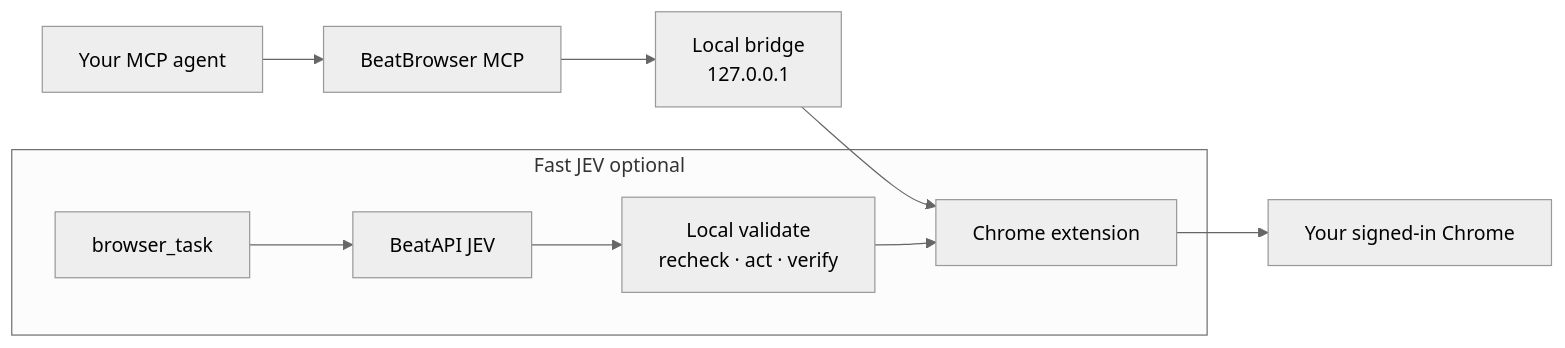
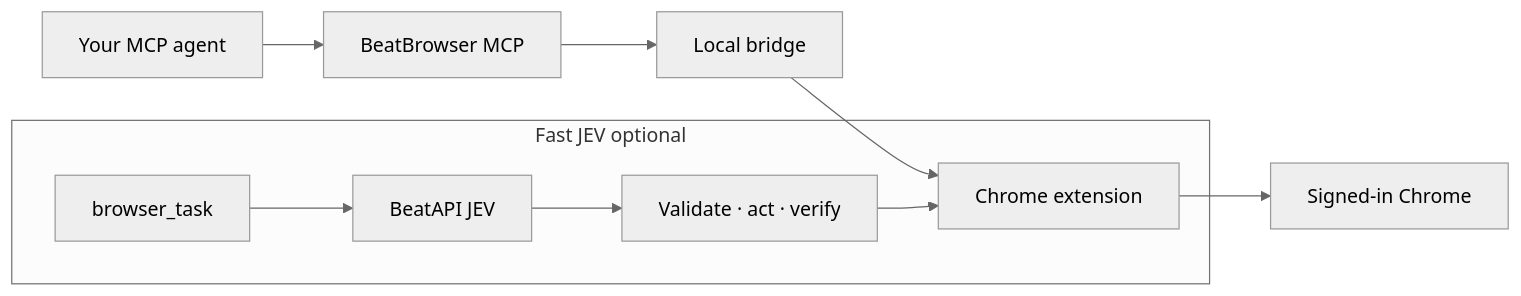
Before and after one commit to BeatAPI/beat-browser: the diagram in README.md, drawn with Mermaid (neutral theme). The commit also changed other lines of this file, not shown here.

````diff
--- a/README.md
+++ b/README.md
@@ -28,13 +32,13 @@
 ```mermaid
 flowchart LR
   A[Your MCP agent] --> B[BeatBrowser MCP]
-  B --> C[Local bridge<br/>127.0.0.1]
+  B --> C[Local bridge]
   C --> D[Chrome extension]
-  D --> E[Your signed-in Chrome]
+  D --> E[Signed-in Chrome]
 
-  subgraph Fast JEV optional
-    B2[browser_task] --> J[BeatAPI JEV]
-    J --> V[Local validate<br/>recheck · act · verify]
+  subgraph Fast[Fast JEV optional]
+    T[browser_task] --> J[BeatAPI JEV]
+    J --> V[Validate · act · verify]
     V --> D
   end
 ```
````
